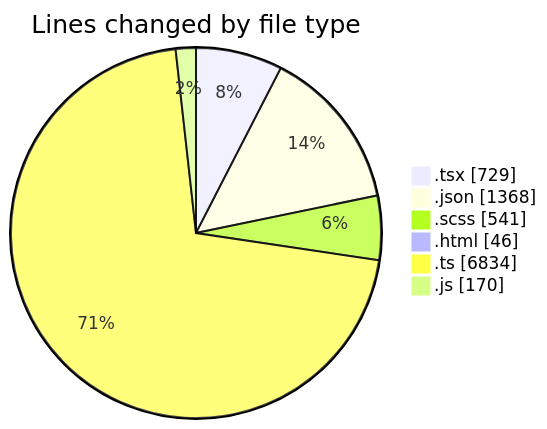
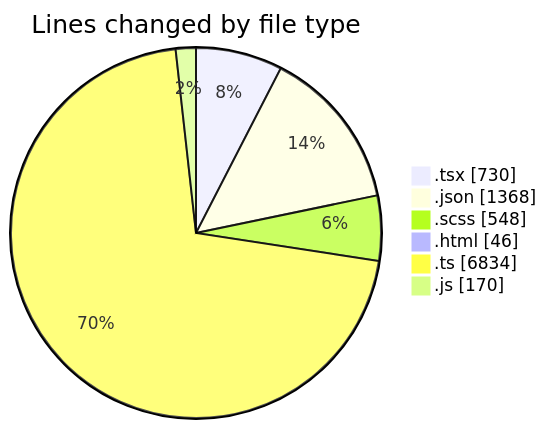
The first of 2 diagrams in 2026-04-14/cda/README.md (momahboobian/code-tracking), drawn with Mermaid before and after one commit. The commit also changed other lines of this file and 1 other file, not shown here.

````diff
--- a/2026-04-14/cda/README.md
+++ b/2026-04-14/cda/README.md
@@ -42,10 +42,10 @@
 ```mermaid
 pie showData
 title Lines changed by file type
-".tsx" : 729
+".tsx" : 730
 ".json" : 1368
-".scss" : 541
+".scss" : 548
 ".html" : 46
 ".ts" : 6834
 ".js" : 170
 ```
````
